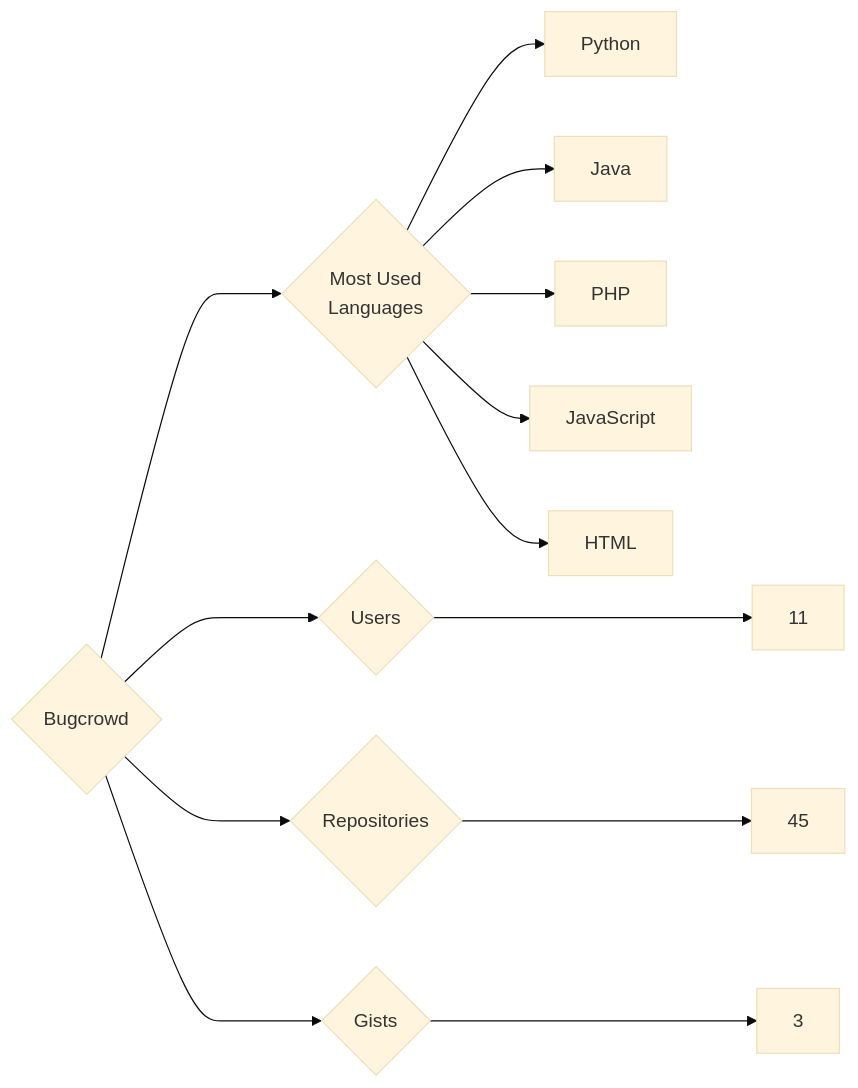
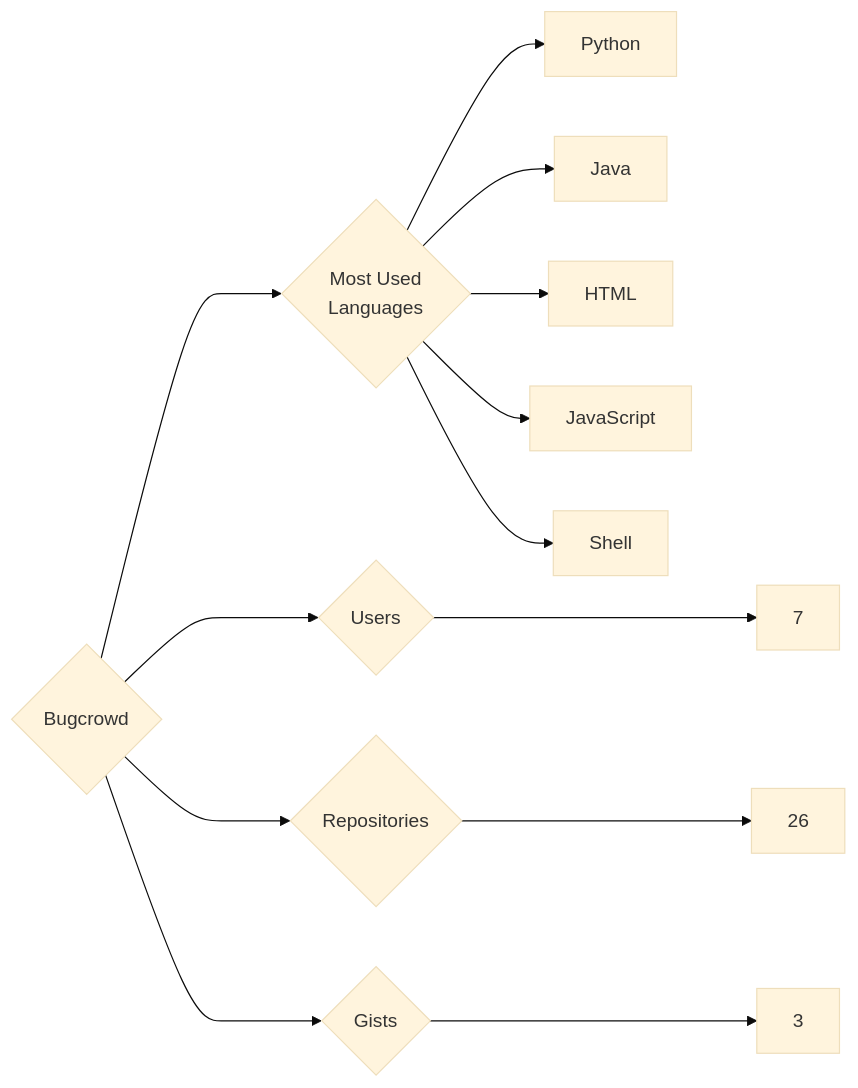
The diagram in targets/Bugcrowd/README.md (trickest/insiders), drawn with Mermaid (base theme) before and after one commit. The commit also changed 1036 other files, not shown here.

````diff
--- a/targets/Bugcrowd/README.md
+++ b/targets/Bugcrowd/README.md
@@ -3,13 +3,13 @@
 ```mermaid
 graph LR
 COMPANY_NAME{Bugcrowd}
-COMPANY_NAME ---> U{Users} ---> UN[11]
-COMPANY_NAME ---> R{Repositories} ---> RN[45]
+COMPANY_NAME ---> U{Users} ---> UN[7]
+COMPANY_NAME ---> R{Repositories} ---> RN[26]
 COMPANY_NAME ---> G{Gists} ---> GN[3]
 COMPANY_NAME ---> ML{Most Used<br>Languages}
 ML --> Python[Python]
 ML --> Java[Java]
-ML --> PHP[PHP]
+ML --> HTML[HTML]
 ML --> JavaScript[JavaScript]
-ML --> HTML[HTML]
+ML --> Shell[Shell]
 ```
````
